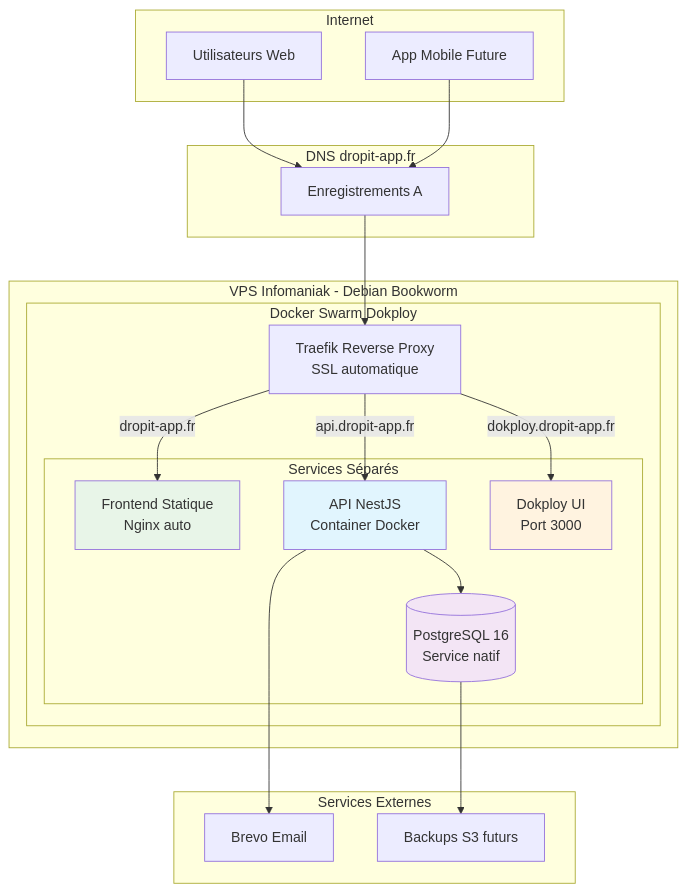
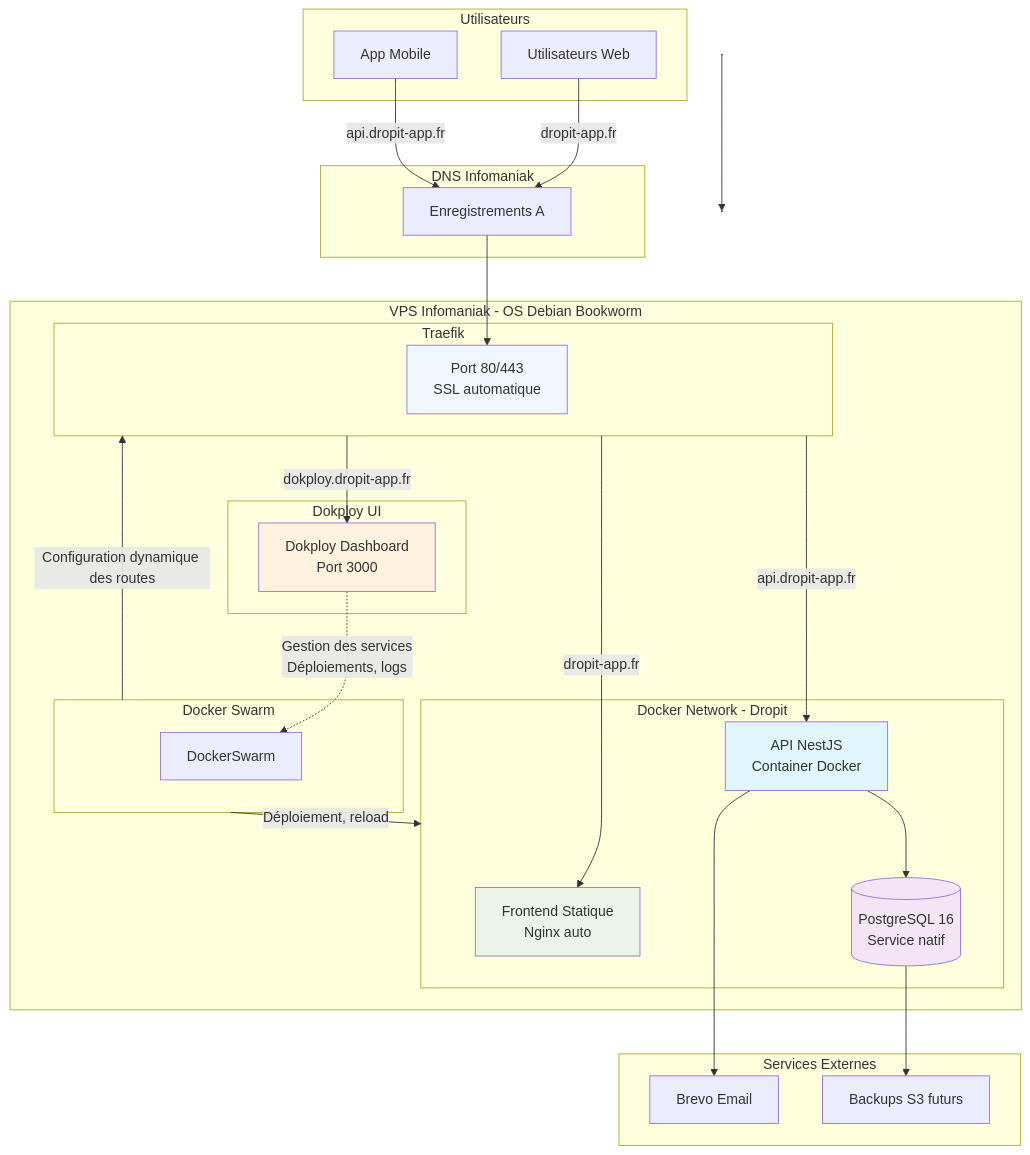
Before and after one commit to Netsbump/dropit-documentation: the diagram in src/content/docs/deploiement/production.md, drawn with Mermaid. The commit also changed other lines of this file and 7 other files, not shown here.

````diff
--- a/src/content/docs/deploiement/production.md
+++ b/src/content/docs/deploiement/production.md
@@ -112,46 +116,55 @@
 ```mermaid
-graph TB
-    subgraph "Internet"
-        Users[Utilisateurs Web]
-        Mobile[App Mobile Future]
-    end
+flowchart TB
+ subgraph Utilisateurs["Utilisateurs"]
+        Users["Utilisateurs Web"]
+        Mobile["App Mobile"]
+  end
+ subgraph subGraph1["DNS Infomaniak"]
+        DNS["Enregistrements A"]
+  end
+ subgraph subGraph2["Dokploy UI"]
+        DokployUI["Dokploy Dashboard<br>Port 3000"]
+  end
+ subgraph subGraph3["Traefik"]
+        Traefik["Port 80/443<br>SSL automatique"]
+  end
+ subgraph subGraph4["Docker Network - Dropit"]
+        Frontend["Frontend Statique<br>Nginx auto"]
+        API["API NestJS<br>Container Docker"]
+        DB[("PostgreSQL 16<br>Service natif")]
+  end
+  subgraph subGraph7["Docker Swarm"]
+        DockerSwarm["DockerSwarm"]
+  end
+ subgraph subGraph5["VPS Infomaniak - OS Debian Bookworm"]
+        subGraph2
+        subGraph3
+        subGraph4
+        subGraph7
+  end
+ subgraph subGraph6["Services Externes"]
+        Email["Brevo Email"]
+        Backup["Backups S3 futurs"]
+  end
+    Users -- "dropit-app.fr" --> DNS
+    Mobile -- "api.dropit-app.fr" --> DNS
+    DNS --> Traefik
+    API --> DB & Email
+    DB --> Backup
+    DokployUI -. Gestion des services<br>Déploiements, logs .-> DockerSwarm
+    subGraph3 -- "dropit-app.fr" --> Frontend
+    subGraph3 -- "api.dropit-app.fr" --> API
+    subGraph3 -- "dokploy.dropit-app.fr" --> DokployUI
+    subGraph7 -- Configuration dynamique des routes --> subGraph3
+    subGraph7 -- Déploiement, reload --> subGraph4
+    n1[" "] --> n2[" "]
 
-    subgraph "DNS dropit-app.fr"
-        DNS[Enregistrements A]
-    end
 
-    subgraph "VPS Infomaniak - Debian Bookworm"
-        subgraph "Docker Swarm Dokploy"
-            Traefik[Traefik Reverse Proxy<br/>SSL automatique]
-
-            subgraph "Services Séparés"
-                Frontend[Frontend Statique<br/>Nginx auto]
-                API[API NestJS<br/>Container Docker]
-                DB[(PostgreSQL 16<br/>Service natif)]
-                Admin[Dokploy UI<br/>Port 3000]
-            end
-        end
-    end
-
-    subgraph "Services Externes"
-        Email[Brevo Email]
-        Backup[Backups S3 futurs]
-    end
-
-    Users --> DNS
-    Mobile --> DNS
-    DNS --> Traefik
-
-    Traefik --> |dropit-app.fr| Frontend
-    Traefik --> |api.dropit-app.fr| API
-    Traefik --> |dokploy.dropit-app.fr| Admin
-
-    API --> DB
-    API --> Email
-    DB --> Backup
-
+    n1@{ shape: anchor}
+    n2@{ shape: anchor}
+    style DokployUI fill:#fff3e0
+    style Traefik fill:#f0f8ff
     style Frontend fill:#e8f5e8
     style API fill:#e1f5fe
     style DB fill:#f3e5f5
-    style Admin fill:#fff3e0
 ```
````
